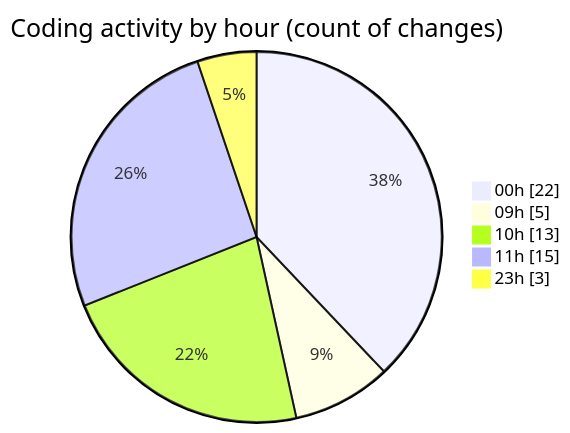
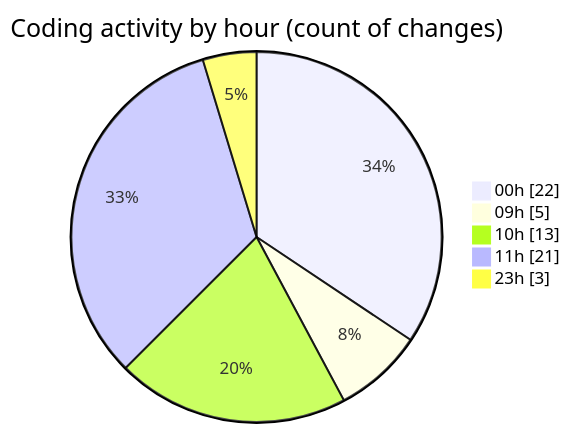
One commit to momahboobian/code-tracking changed the second of 2 diagrams in 2026-04-10/cda/README.md. Above: the diagram before and after it, drawn with Mermaid. The commit also changed other lines of this file and 1 other file, not shown here.

````diff
--- a/2026-04-10/cda/README.md
+++ b/2026-04-10/cda/README.md
@@ -31,9 +31,9 @@
 ```mermaid
 pie showData
 title Coding activity by hour (count of changes)
 "00h" : 22
 "09h" : 5
 "10h" : 13
-"11h" : 15
+"11h" : 21
 "23h" : 3
 ```
````
